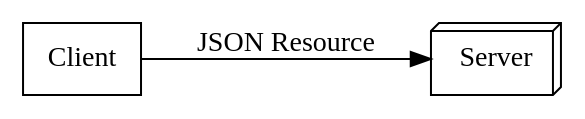
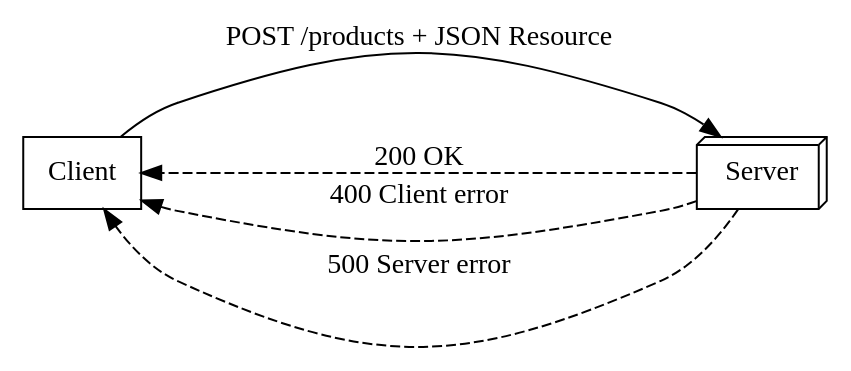
One commit to bignosethethird/Technical-Architecture-Notes changed the fifth of 28 diagrams in HLD Solutiuon Architecture [Project].md. Above: the diagram before and after it, drawn with Graphviz. The commit also changed other lines of this file, not shown here.

Commit message:
Update HLD Solutiuon Architecture [Project].md

````diff
--- a/HLD Solutiuon Architecture [Project].md
+++ b/HLD Solutiuon Architecture [Project].md
@@ -1760,9 +2320,12 @@
 ```graphviz
 digraph REST {
     rankdir=LR;
     size="8,5"
     Client [shape = box];
 	Server [shape = box3d];
-    Client -> Server [ label = "JSON Resource"];
+    Client -> Server [ label = "POST /products + JSON Resource"];
+	Server -> Client [label="200 OK", style="dashed"]
+	Server -> Client [label="400 Client error", style="dashed"]
+	Server -> Client [label="500 Server error", style="dashed"]
 }
 ```
````
